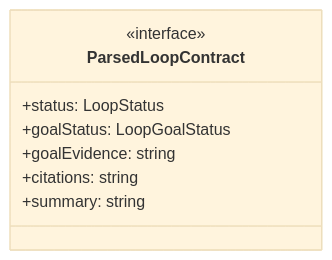
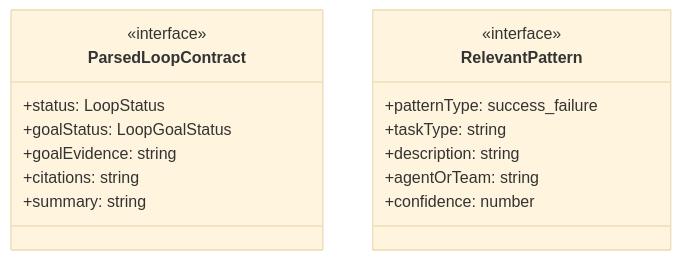
Before and after one commit to Mekann2904/mekann: the first of 4 diagrams in ABDD/.pi/extensions/loop/iteration-builder.md, drawn with Mermaid (base theme). The commit also changed other lines of this file and 213 other files, not shown here.

````diff
--- a/ABDD/.pi/extensions/loop/iteration-builder.md
+++ b/ABDD/.pi/extensions/loop/iteration-builder.md
@@ -49,11 +50,19 @@
 ```mermaid
 classDiagram
   class ParsedLoopContract {
     <<interface>>
     +status: LoopStatus
     +goalStatus: LoopGoalStatus
     +goalEvidence: string
     +citations: string
     +summary: string
   }
+  class RelevantPattern {
+    <<interface>>
+    +patternType: success_failure
+    +taskType: string
+    +description: string
+    +agentOrTeam: string
+    +confidence: number
+  }
 ```
````
